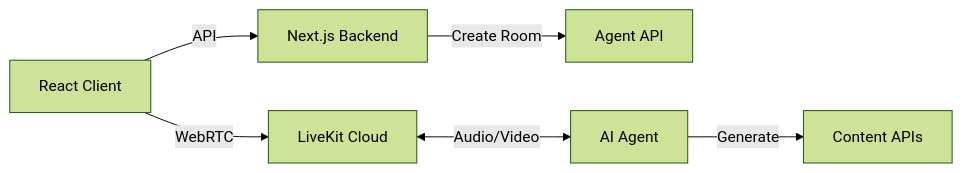
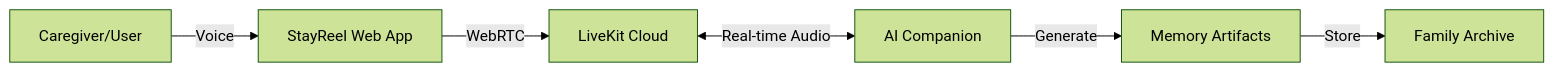
Before and after one commit to Tricia-42/FastReel: the diagram in README.md, drawn with Mermaid (forest theme). The commit also changed other lines of this file and 4 other files, not shown here.

````diff
--- a/README.md
+++ b/README.md
@@ -78,8 +83,8 @@
 ```mermaid
 graph LR
-    A[React Client] -->|WebRTC| B[LiveKit Cloud]
-    A -->|API| C[Next.js Backend]
-    C -->|Create Room| D[Agent API]
-    B <-->|Audio/Video| E[AI Agent]
-    E -->|Generate| F[Content APIs]
+    A[Caregiver/User] -->|Voice| B[StayReel Web App]
+    B -->|WebRTC| C[LiveKit Cloud]
+    C <-->|Real-time Audio| D[AI Companion]
+    D -->|Generate| E[Memory Artifacts]
+    E -->|Store| F[Family Archive]
 ```
````
